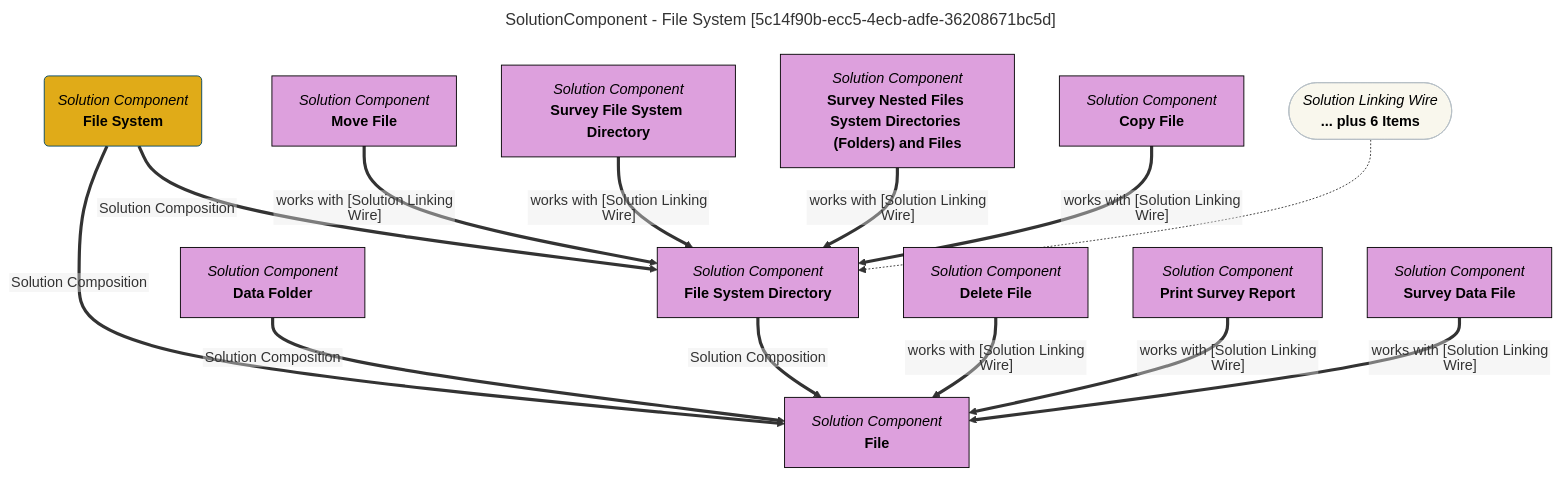
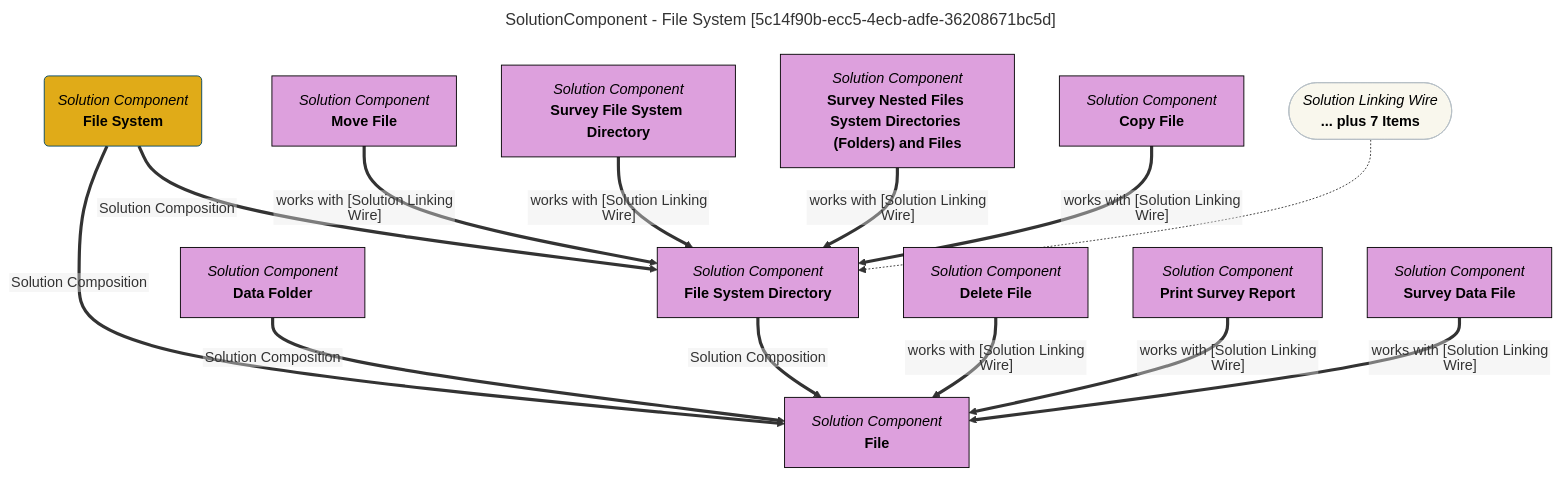
Before and after one commit to odpi/egeria-docs: the diagram in site/snippets/blueprints/components/file-system-mermaid-graph.md, drawn with Mermaid. The commit also changed 2201 other files, not shown here.

````diff
--- a/site/snippets/blueprints/components/file-system-mermaid-graph.md
+++ b/site/snippets/blueprints/components/file-system-mermaid-graph.md
@@ -1,67 +1,67 @@
 ```mermaid
 ---
 title: SolutionComponent - File System [5c14f90b-ecc5-4ecb-adfe-36208671bc5d]
 ---
 flowchart TD
 %%{init: {"flowchart": {"htmlLabels": false}} }%%
 
 1@{ shape: rounded, label: "*Solution Component*
 **File System**"}
 2@{ shape: rect, label: "*Solution Component*
 **File**"}
 1==>|"Solution Composition"|2
 3@{ shape: rect, label: "*Solution Component*
 **Data Folder**"}
 3==>|"Solution Composition"|2
 4@{ shape: rect, label: "*Solution Component*
 **File System Directory**"}
 4==>|"Solution Composition"|2
 5@{ shape: rect, label: "*Solution Component*
 **Delete File**"}
 5==>|"works with [Solution Linking Wire]"|2
 6@{ shape: rect, label: "*Solution Component*
 **Print Survey Report**"}
 6==>|"works with [Solution Linking Wire]"|2
 7@{ shape: rect, label: "*Solution Component*
 **Survey Data File**"}
 7==>|"works with [Solution Linking Wire]"|2
 1==>|"Solution Composition"|4
 8@{ shape: rect, label: "*Solution Component*
 **Move File**"}
 8==>|"works with [Solution Linking Wire]"|4
 9@{ shape: rect, label: "*Solution Component*
 **Survey File System Directory**"}
 9==>|"works with [Solution Linking Wire]"|4
 10@{ shape: rect, label: "*Solution Component*
 **Survey Nested Files System Directories (Folders) and Files**"}
 10==>|"works with [Solution Linking Wire]"|4
 11@{ shape: rect, label: "*Solution Component*
 **Copy File**"}
 11==>|"works with [Solution Linking Wire]"|4
 12@{ shape: stadium, label: "*Solution Linking Wire*
-**... plus 6 Items**"}
+**... plus 7 Items**"}
 12-.->4
-style 11 color:#000000, fill:#dda0dd, stroke:#000000
+style 11 color:#000000, fill:#DDA0DD, stroke:#000000
 style 1 color:#000000, fill:#e0ab18, stroke:#004563
 style 12 color:#000000, fill:#F9F7ED, stroke:#b7c0c7
-style 2 color:#000000, fill:#dda0dd, stroke:#000000
-style 3 color:#000000, fill:#dda0dd, stroke:#000000
-style 4 color:#000000, fill:#dda0dd, stroke:#000000
-style 5 color:#000000, fill:#dda0dd, stroke:#000000
-style 6 color:#000000, fill:#dda0dd, stroke:#000000
-style 7 color:#000000, fill:#dda0dd, stroke:#000000
-style 8 color:#000000, fill:#dda0dd, stroke:#000000
-style 9 color:#000000, fill:#dda0dd, stroke:#000000
-style 10 color:#000000, fill:#dda0dd, stroke:#000000
+style 2 color:#000000, fill:#DDA0DD, stroke:#000000
+style 3 color:#000000, fill:#DDA0DD, stroke:#000000
+style 4 color:#000000, fill:#DDA0DD, stroke:#000000
+style 5 color:#000000, fill:#DDA0DD, stroke:#000000
+style 6 color:#000000, fill:#DDA0DD, stroke:#000000
+style 7 color:#000000, fill:#DDA0DD, stroke:#000000
+style 8 color:#000000, fill:#DDA0DD, stroke:#000000
+style 9 color:#000000, fill:#DDA0DD, stroke:#000000
+style 10 color:#000000, fill:#DDA0DD, stroke:#000000
 click 11 "https://egeria-project.org/concepts/governance-action-type/" "Click for more documentation" _blank
 click 1 "https://egeria-project.org/types/0/0056-Resource-Managers/" "Click for more documentation" _blank
 click 2 "https://egeria-project.org/types/2/0220-Files-and-Folders/" "Click for more documentation" _blank
 click 3 "https://egeria-project.org/types/2/0220-Files-and-Folders/" "Click for more documentation" _blank
 click 4 "https://egeria-project.org/types/2/0220-Files-and-Folders/" "Click for more documentation" _blank
 click 5 "https://egeria-project.org/concepts/governance-action-type/" "Click for more documentation" _blank
 click 6 "https://egeria-project.org/concepts/governance-action-type/" "Click for more documentation" _blank
 click 7 "https://egeria-project.org/concepts/governance-action-type/" "Click for more documentation" _blank
 click 8 "https://egeria-project.org/concepts/governance-action-type/" "Click for more documentation" _blank
 click 9 "https://egeria-project.org/concepts/governance-action-type/" "Click for more documentation" _blank
 click 10 "https://egeria-project.org/concepts/governance-action-type/" "Click for more documentation" _blank
 ```
````
